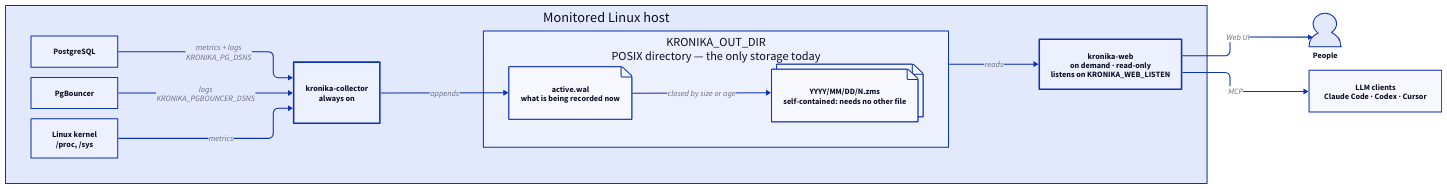
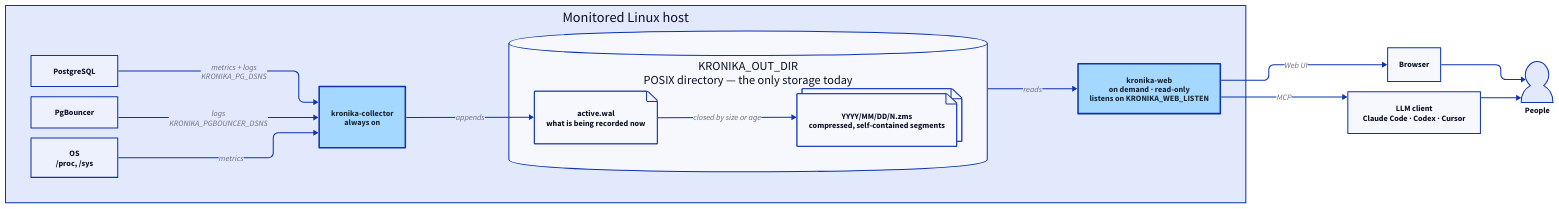
Before and after one commit to vadv/Kronika: the diagram in docs/diagrams/architecture.d2, drawn with D2. The commit also changed 1 other file, not shown here.

Commit message:
docs: color Kronika's own binaries, store files in a cylinder, fix labels
The two processes the operator installs are blue, the way the original
sketch marked them; the directory is a cylinder so data at rest stops
looking like a process; the person drives a browser and an LLM client
instead of floating; segments say what matters: compressed and
self-contained.

Claude-Session: https://claude.ai/code/session_01PLmQWZzFXFZKMCWR7PAw1n

```diff
--- a/docs/diagrams/architecture.d2
+++ b/docs/diagrams/architecture.d2
@@ -1,50 +1,58 @@
 # Kronika architecture. Regenerate the committed SVG with `make diagrams`.
 
 vars: {
   d2-config: {
     layout-engine: elk
   }
 }
 
 direction: right
 
 host: Monitored Linux host {
   pg: PostgreSQL {width: 170}
   pgb: PgBouncer {width: 170}
-  os: Linux kernel\n/proc, /sys {width: 170}
+  os: OS\n/proc, /sys {width: 170}
 
   collector: kronika-collector\nalways on {
+    style.fill: "#a5d8ff"
+    style.font-color: "#1a2633"
     style.stroke-width: 3
   }
 
   pg -> collector: metrics + logs\nKRONIKA_PG_DSNS
   pgb -> collector: logs\nKRONIKA_PGBOUNCER_DSNS
   os -> collector: metrics
 
   dir: KRONIKA_OUT_DIR\nPOSIX directory — the only storage today {
+    shape: cylinder
     wal: active.wal\nwhat is being recorded now {
       shape: page
     }
-    seg: YYYY/MM/DD/N.zms\nself-contained: needs no other file {
+    seg: YYYY/MM/DD/N.zms\ncompressed, self-contained segments {
       shape: page
       style.multiple: true
     }
     wal -> seg: closed by size or age
   }
 
   collector -> dir.wal: appends
 
   web: kronika-web\non demand · read-only\nlistens on KRONIKA_WEB_LISTEN {
+    style.fill: "#a5d8ff"
+    style.font-color: "#1a2633"
     style.stroke-width: 3
   }
 
   dir -> web: reads
 }
 
+browser: Browser
+llm: LLM client\nClaude Code · Codex · Cursor
 people: People {
   shape: person
 }
-llm: LLM clients\nClaude Code · Codex · Cursor
 
-host.web -> people: Web UI
+host.web -> browser: Web UI
 host.web -> llm: MCP
+browser -> people
+llm -> people
```
